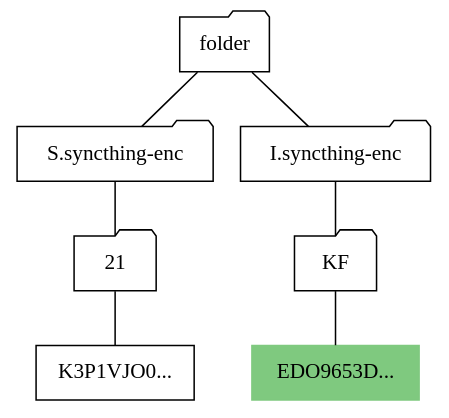
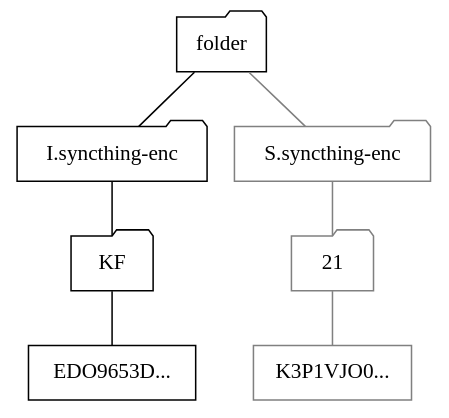
The fifth of 5 diagrams in users/untrusted.rst (syncthing/docs), drawn with Graphviz before and after one commit.

```diff
--- a/users/untrusted.rst
+++ b/users/untrusted.rst
@@ -154,19 +154,19 @@
 .. graphviz::
     :align: center
 
     graph {
         "folder" [shape=folder]
-        "S.syncthing-enc" [shape=folder]
-        "21" [shape=folder]
-        "K3P1VJO0..." [shape=file]
         "I.syncthing-enc" [shape=folder]
         "KF" [shape=folder]
-        "EDO9653D..." [shape=file, style=filled, color="/accent3/1"]
+        "EDO9653D..." [shape=file]
+        "S.syncthing-enc" [shape=folder, color=grey]
+        "21" [shape=folder, color=grey]
+        "K3P1VJO0..." [shape=file, color=grey]
 
-        "folder" -- "S.syncthing-enc"
-        "S.syncthing-enc" -- "21"
-        "21" -- "K3P1VJO0..."
         "folder" -- "I.syncthing-enc"
         "I.syncthing-enc" -- "KF"
         "KF" -- "EDO9653D..."
+        "folder" -- "S.syncthing-enc" [color=grey]
+        "S.syncthing-enc" -- "21" [color=grey]
+        "21" -- "K3P1VJO0..." [color=grey]
     }
```
